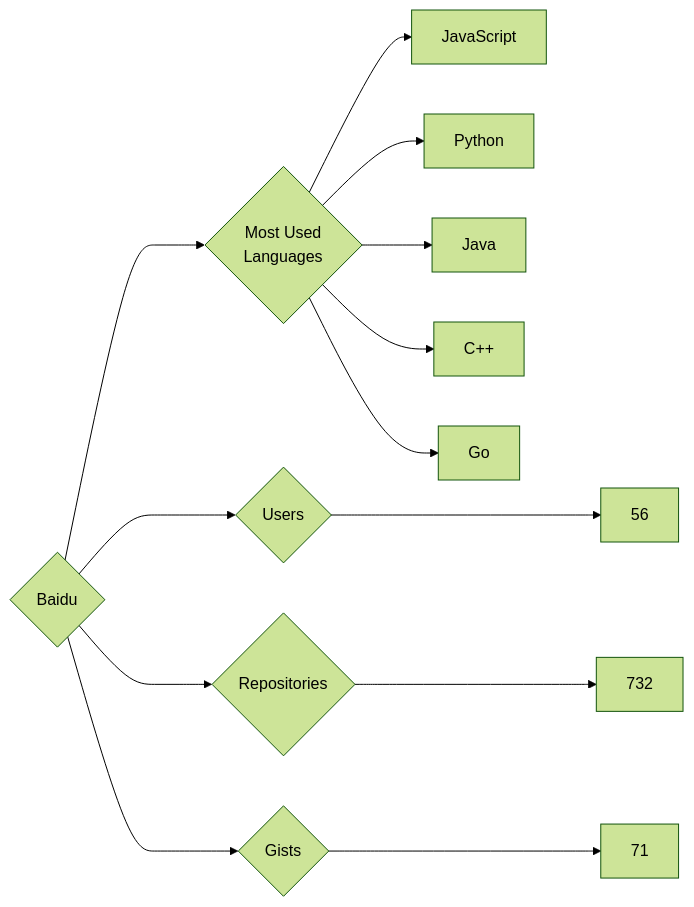
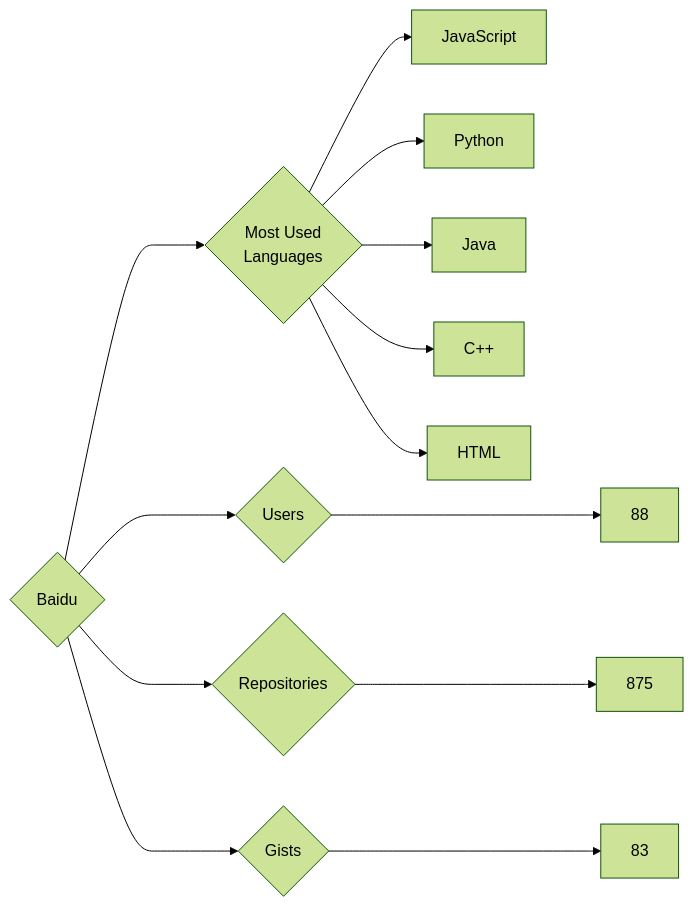
The diagram in targets/Baidu/README.md (trickest/insiders), drawn with Mermaid (forest theme) before and after one commit. The commit also changed 948 other files, not shown here.

````diff
--- a/targets/Baidu/README.md
+++ b/targets/Baidu/README.md
@@ -3,13 +3,13 @@
 ```mermaid
 graph LR
 COMPANY_NAME{Baidu}
-COMPANY_NAME ---> U{Users} ---> UN[56]
-COMPANY_NAME ---> R{Repositories} ---> RN[732]
-COMPANY_NAME ---> G{Gists} ---> GN[71]
+COMPANY_NAME ---> U{Users} ---> UN[88]
+COMPANY_NAME ---> R{Repositories} ---> RN[875]
+COMPANY_NAME ---> G{Gists} ---> GN[83]
 COMPANY_NAME ---> ML{Most Used<br>Languages}
 ML --> JavaScript[JavaScript]
 ML --> Python[Python]
 ML --> Java[Java]
 ML --> C++[C++]
-ML --> Go[Go]
+ML --> HTML[HTML]
 ```
````
